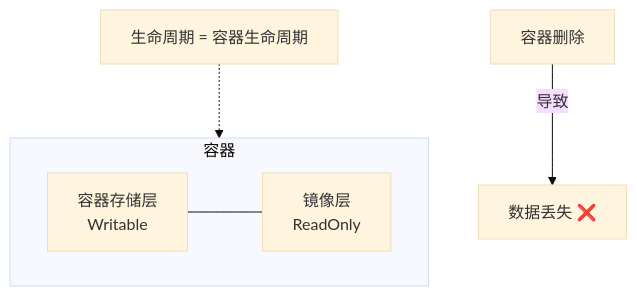
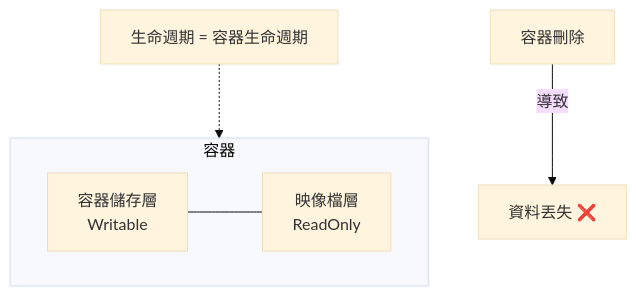
Before and after one commit to alexkuoecity/docker-practice-master-zh-tw: the second of 3 diagrams in 08_data/8.1_volume.md, drawn with Mermaid (base theme). The commit also changed other lines of this file and 200 other files, not shown here.

````diff
--- a/08_data/8.1_volume.md
+++ b/08_data/8.1_volume.md
@@ -33,11 +33,11 @@
 ```mermaid
 graph TD
     subgraph Container [容器]
-        Writable[容器存储层<br>Writable]
-        Image[镜像层<br>ReadOnly]
+        Writable[容器儲存層<br>Writable]
+        Image[映像檔層<br>ReadOnly]
         Writable --- Image
     end
 
-    Lifecycle[生命周期 = 容器生命周期] -.-> Container
-    Delete[容器删除] -->|导致| DataLost[数据丢失 ❌]
+    Lifecycle[生命週期 = 容器生命週期] -.-> Container
+    Delete[容器刪除] -->|導致| DataLost[資料丟失 ❌]
 ```
````
